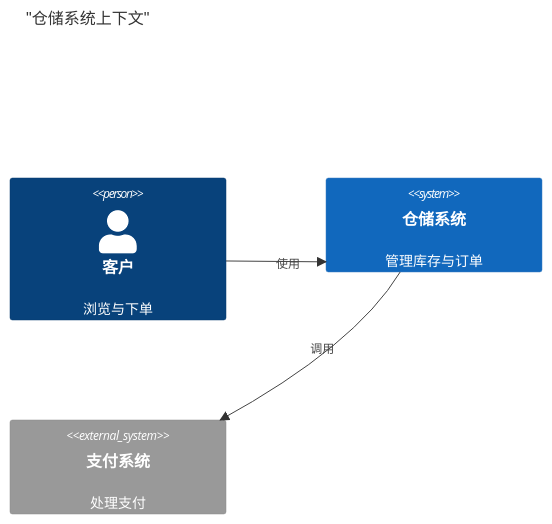
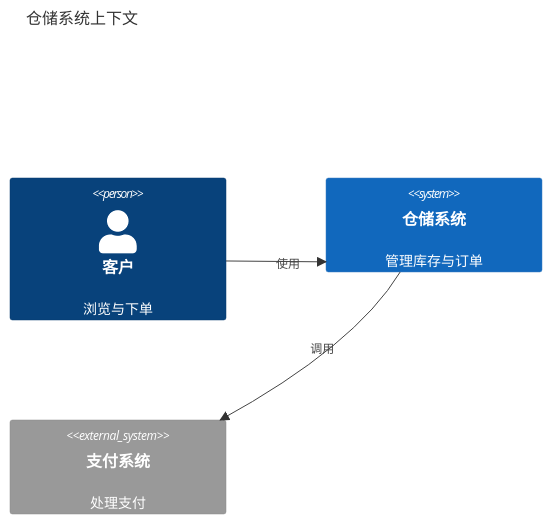
One commit to xinetzone/SpecWeave changed the eighth of 11 diagrams in .agents/docs/knowledge/learning/04-docs-markup-tooling/mermaid-wiki/06-advanced-diagrams.md. Above: the diagram before and after it, drawn with Mermaid. The commit also changed other lines of this file and 4 other files, not shown here.

Commit message:
docs(mermaid): 修复mermaid-wiki语法错误，沉淀引号规则清单 [prevent: rule-update]

````diff
--- a/.agents/docs/knowledge/learning/04-docs-markup-tooling/mermaid-wiki/06-advanced-diagrams.md
+++ b/.agents/docs/knowledge/learning/04-docs-markup-tooling/mermaid-wiki/06-advanced-diagrams.md
@@ -203,9 +203,9 @@
 ```mermaid
 C4Context
-    title "仓储系统上下文"
+    title 仓储系统上下文
     Person(Customer, "客户", "浏览与下单")
     System(Warehouse, "仓储系统", "管理库存与订单")
     System_Ext(Payment, "支付系统", "处理支付")
     Rel(Customer, Warehouse, "使用")
     Rel(Warehouse, Payment, "调用")
 ```
````
